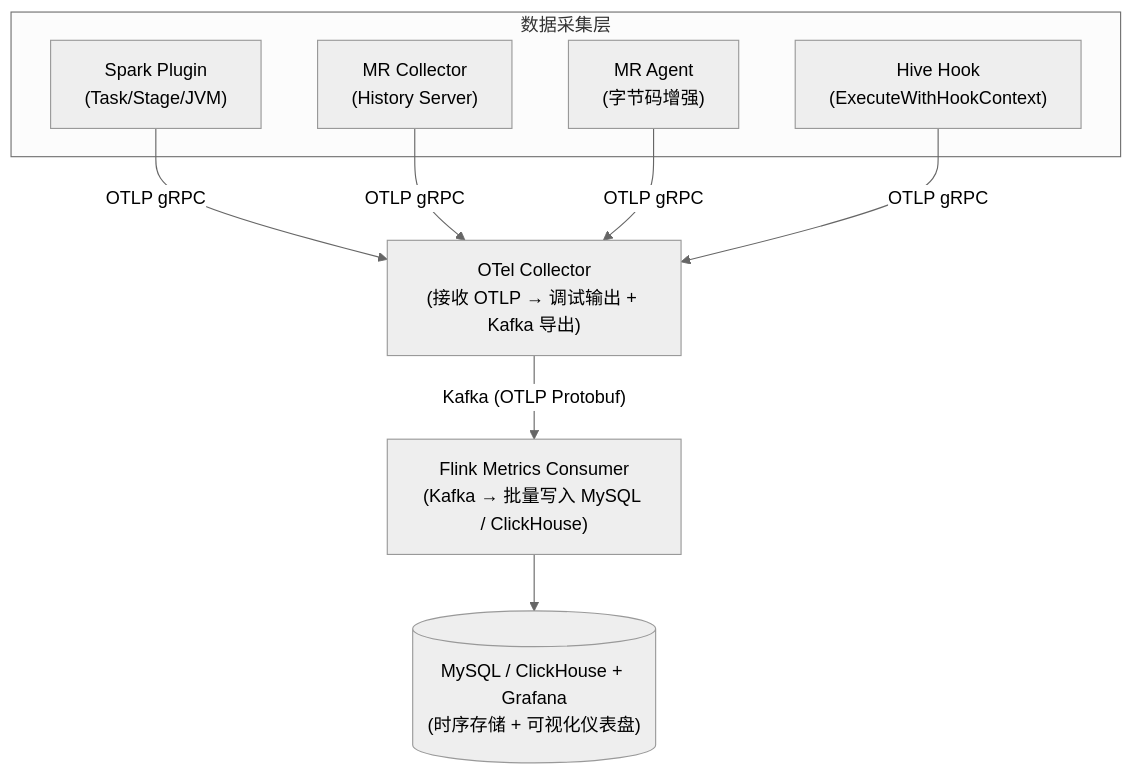
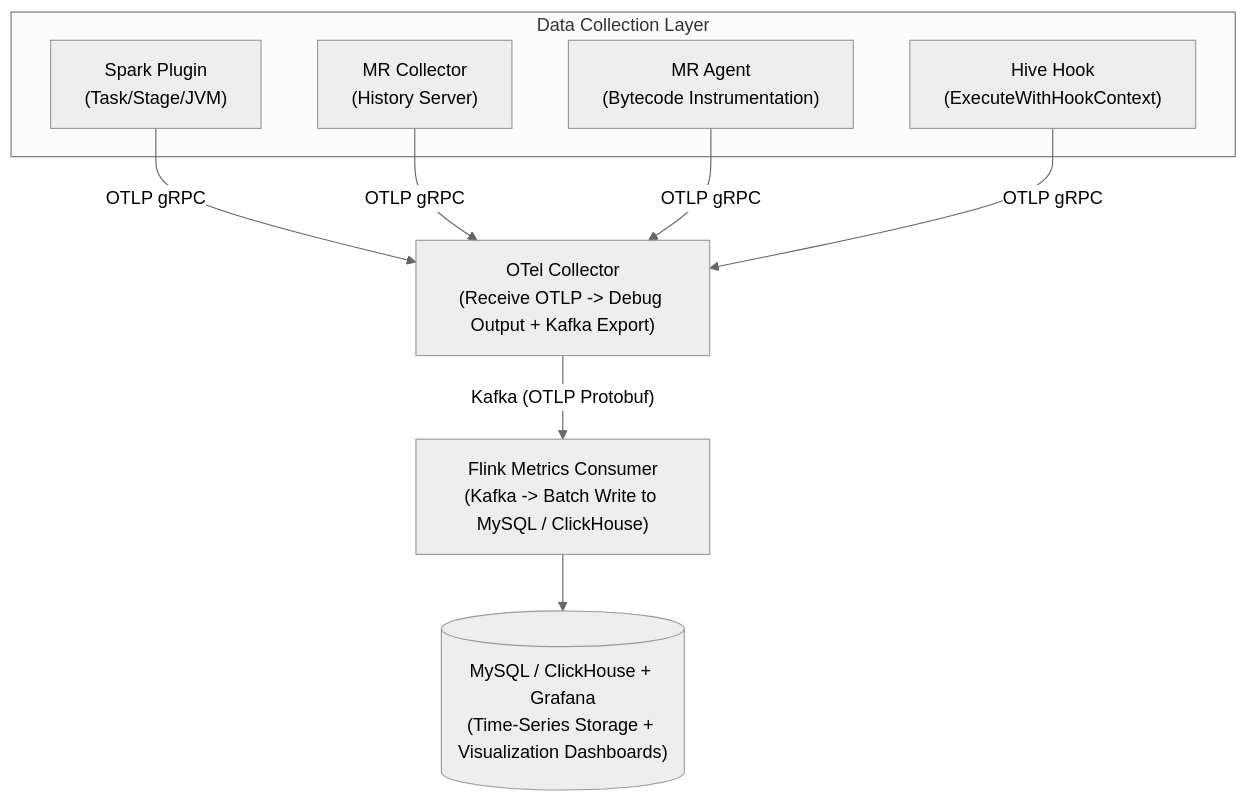
The diagram in docs/deployment-guide.md (xmg333/hadoop-telemetry-stack), drawn with Mermaid (neutral theme) before and after one commit. The commit also changed other lines of this file and 69 other files, not shown here.

````diff
--- a/docs/deployment-guide.md
+++ b/docs/deployment-guide.md
@@ -30,21 +31,21 @@
 ```mermaid
 graph TD
-    subgraph 数据采集层
+    subgraph Data Collection Layer
         SP["Spark Plugin<br/>(Task/Stage/JVM)"]
         MR["MR Collector<br/>(History Server)"]
-        MA["MR Agent<br/>(字节码增强)"]
+        MA["MR Agent<br/>(Bytecode Instrumentation)"]
         HH["Hive Hook<br/>(ExecuteWithHookContext)"]
     end
 
     SP -- OTLP gRPC --> OTel
     MR -- OTLP gRPC --> OTel
     MA -- OTLP gRPC --> OTel
     HH -- OTLP gRPC --> OTel
 
-    OTel["OTel Collector<br/>(接收 OTLP → 调试输出 + Kafka 导出)"]
-    Flink["Flink Metrics Consumer<br/>(Kafka → 批量写入 MySQL / ClickHouse)"]
-    DB[("MySQL / ClickHouse + Grafana<br/>(时序存储 + 可视化仪表盘)")]
+    OTel["OTel Collector<br/>(Receive OTLP -> Debug Output + Kafka Export)"]
+    Flink["Flink Metrics Consumer<br/>(Kafka -> Batch Write to MySQL / ClickHouse)"]
+    DB[("MySQL / ClickHouse + Grafana<br/>(Time-Series Storage + Visualization Dashboards)")]
 
     OTel -- "Kafka (OTLP Protobuf)" --> Flink
     Flink --> DB
 ```
````
